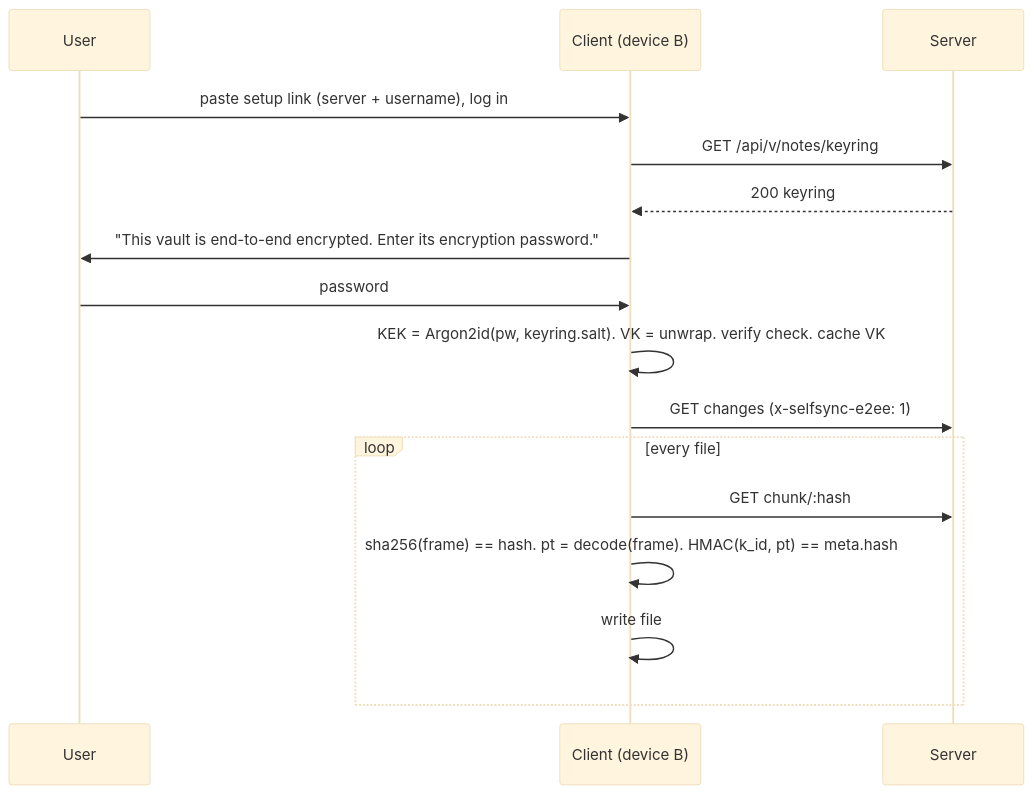
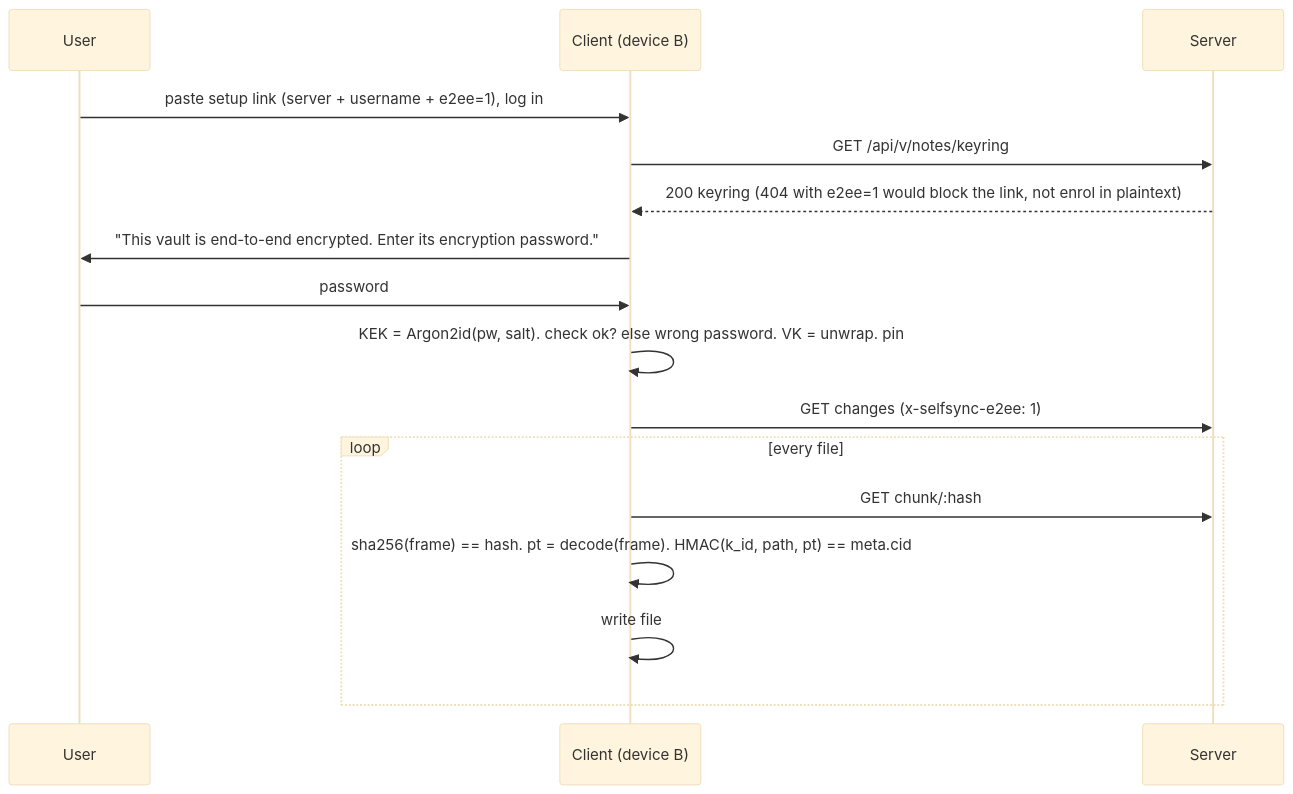
One commit to williamweatherholtz/obsidian-selfsync changed the third of 4 diagrams in docs/design/specs/2026-11-10-e2ee-design.md. Above: the diagram before and after it, drawn with Mermaid (base theme). The commit also changed other lines of this file and 19 other files, not shown here.

````diff
--- a/docs/design/specs/2026-11-10-e2ee-design.md
+++ b/docs/design/specs/2026-11-10-e2ee-design.md
@@ -240,18 +322,18 @@
 ```mermaid
 sequenceDiagram
     participant U as User
     participant B as Client (device B)
     participant S as Server
-    U->>B: paste setup link (server + username), log in
+    U->>B: paste setup link (server + username + e2ee=1), log in
     B->>S: GET /api/v/notes/keyring
-    S-->>B: 200 keyring
+    S-->>B: 200 keyring (404 with e2ee=1 would block the link, not enrol in plaintext)
     B->>U: "This vault is end-to-end encrypted. Enter its encryption password."
     U->>B: password
-    B->>B: KEK = Argon2id(pw, keyring.salt). VK = unwrap. verify check. cache VK
+    B->>B: KEK = Argon2id(pw, salt). check ok? else wrong password. VK = unwrap. pin
     B->>S: GET changes (x-selfsync-e2ee: 1)
     loop every file
         B->>S: GET chunk/:hash
-        B->>B: sha256(frame) == hash. pt = decode(frame). HMAC(k_id, pt) == meta.hash
+        B->>B: sha256(frame) == hash. pt = decode(frame). HMAC(k_id, path, pt) == meta.cid
         B->>B: write file
     end
 ```
````
